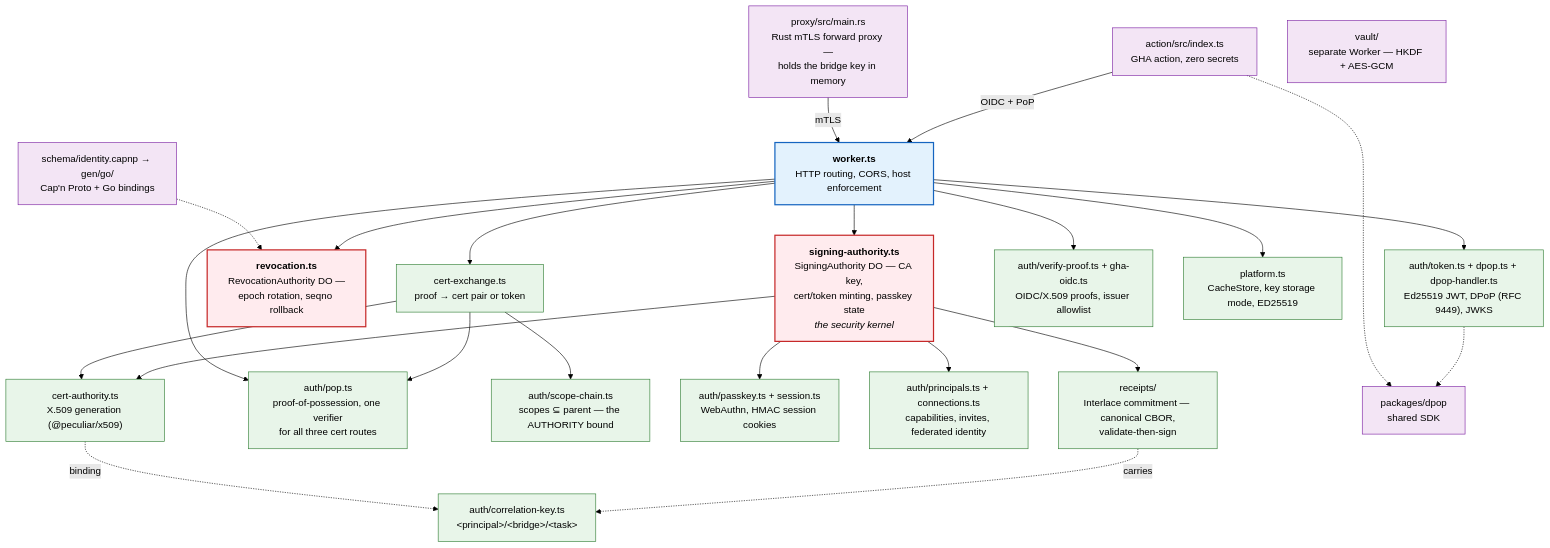
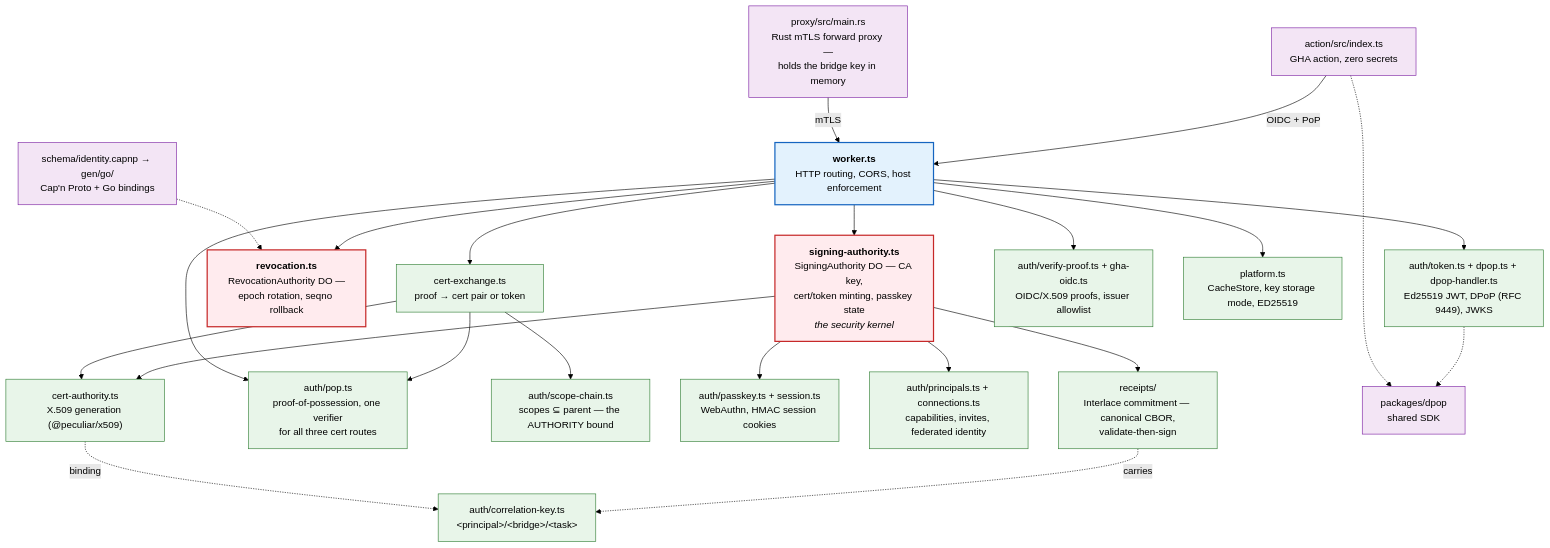
The first of 5 diagrams in ARCHITECTURE.md (agentic-research/notme), drawn with Mermaid (forest theme) before and after one commit. The commit also changed other lines of this file and 3 other files, not shown here.

````diff
--- a/ARCHITECTURE.md
+++ b/ARCHITECTURE.md
@@ -19,52 +19,51 @@
 ```mermaid
 graph TD
     classDef entry fill:#e3f2fd,stroke:#1565c0,stroke-width:2px,color:#000
     classDef kernel fill:#ffebee,stroke:#c62828,stroke-width:2px,color:#000
     classDef auth fill:#e8f5e9,stroke:#2e7d32,stroke-width:1px,color:#000
     classDef sep fill:#f3e5f5,stroke:#7b1fa2,stroke-width:1px,color:#000
 
     W["<b>worker.ts</b><br/>HTTP routing, CORS, host enforcement"]:::entry
 
     SA["<b>signing-authority.ts</b><br/>SigningAuthority DO — CA key,<br/>cert/token minting, passkey state<br/><i>the security kernel</i>"]:::kernel
     RA["<b>revocation.ts</b><br/>RevocationAuthority DO —<br/>epoch rotation, seqno rollback"]:::kernel
 
     CA["cert-authority.ts<br/>X.509 generation (@peculiar/x509)"]:::auth
     CX["cert-exchange.ts<br/>proof → cert pair or token"]:::auth
     POP["auth/pop.ts<br/>proof-of-possession, one verifier<br/>for all three cert routes"]:::auth
     SC["auth/scope-chain.ts<br/>scopes ⊆ parent — the AUTHORITY bound"]:::auth
     CK["auth/correlation-key.ts<br/>&lt;principal&gt;/&lt;bridge&gt;/&lt;task&gt;"]:::auth
     TOK["auth/token.ts + dpop.ts + dpop-handler.ts<br/>Ed25519 JWT, DPoP (RFC 9449), JWKS"]:::auth
     PK["auth/passkey.ts + session.ts<br/>WebAuthn, HMAC session cookies"]:::auth
     PR["auth/principals.ts + connections.ts<br/>capabilities, invites, federated identity"]:::auth
     VP["auth/verify-proof.ts + gha-oidc.ts<br/>OIDC/X.509 proofs, issuer allowlist"]:::auth
     RC["receipts/<br/>Interlace commitment — canonical CBOR,<br/>validate-then-sign"]:::auth
     PF["platform.ts<br/>CacheStore, key storage mode, ED25519"]:::auth
 
     PX["proxy/src/main.rs<br/>Rust mTLS forward proxy —<br/>holds the bridge key in memory"]:::sep
     AC["action/src/index.ts<br/>GHA action, zero secrets"]:::sep
-    VA["vault/<br/>separate Worker — HKDF + AES-GCM"]:::sep
     SDK["packages/dpop<br/>shared SDK"]:::sep
     SCH["schema/identity.capnp → gen/go/<br/>Cap'n Proto + Go bindings"]:::sep
 
     W --> SA
     W --> RA
     W --> CX
     W --> TOK
     W --> VP
     W --> PF
     SA --> CA
     SA --> PK
     SA --> PR
     SA --> RC
     CX --> CA
     CX --> POP
     W --> POP
     CX --> SC
     RC -.->|carries| CK
     CA -.->|binding| CK
     AC -->|OIDC + PoP| W
     PX -->|mTLS| W
     TOK -.-> SDK
     AC -.-> SDK
     SCH -.-> RA
 ```
````
